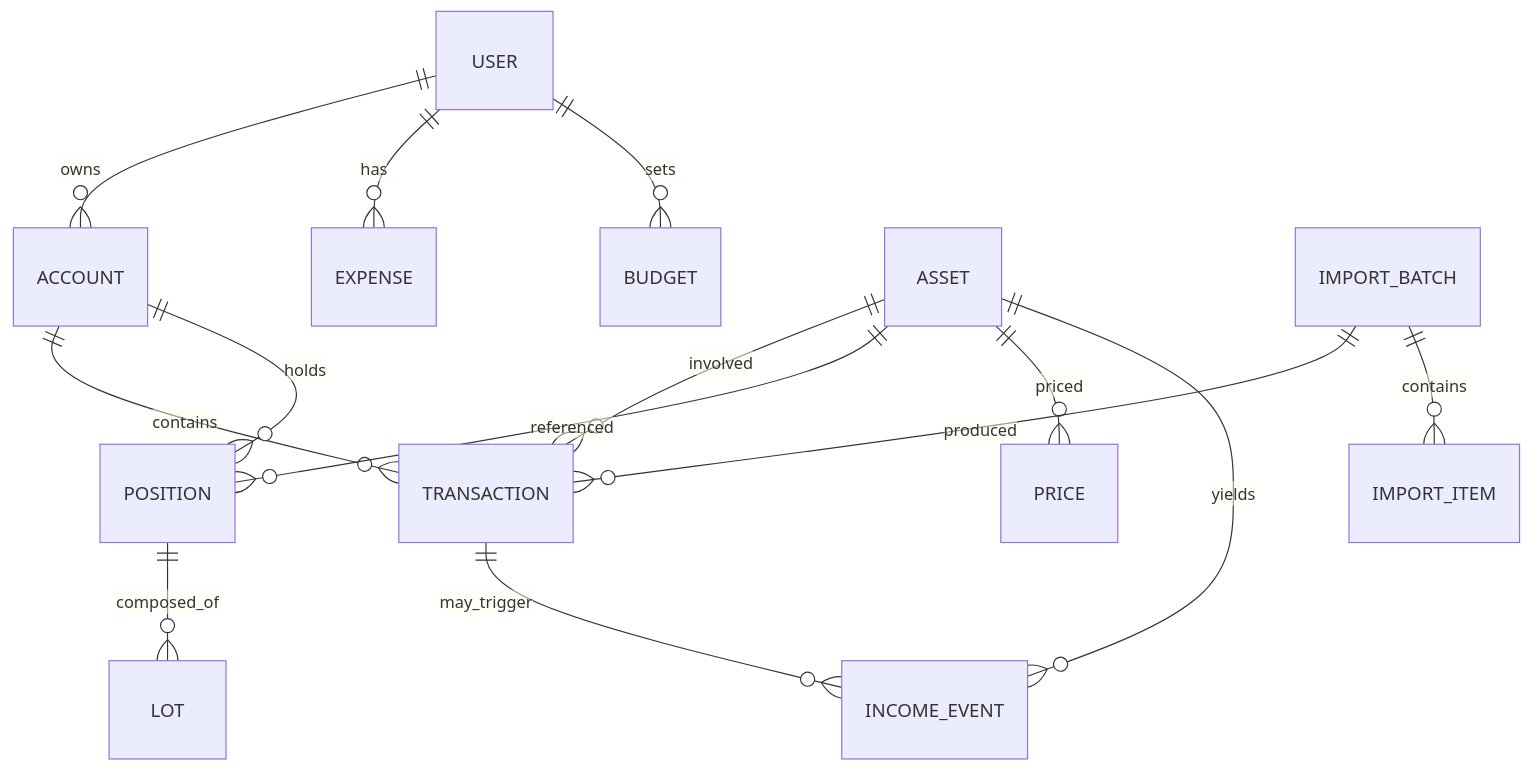
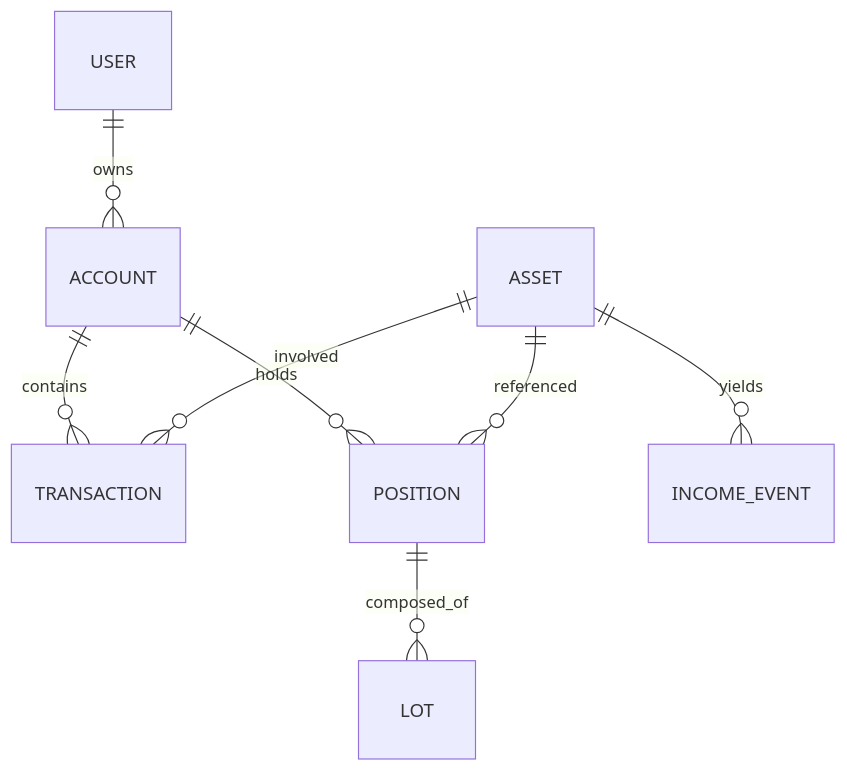
One commit to vowchek/FinFury changed the diagram in docs/architecture/domain-model.md. Above: the diagram before and after it, drawn with Mermaid. The commit also changed other lines of this file and 153 other files, not shown here.

````diff
--- a/docs/architecture/domain-model.md
+++ b/docs/architecture/domain-model.md
@@ -9,21 +9,10 @@
 ```mermaid
 erDiagram
-    USER ||--o{ ACCOUNT : owns
-    USER ||--o{ EXPENSE : has
-    USER ||--o{ BUDGET : sets
-
-    ACCOUNT ||--o{ TRANSACTION : contains
-    ACCOUNT ||--o{ POSITION : holds
-
-    ASSET ||--o{ TRANSACTION : involved
-    ASSET ||--o{ POSITION : referenced
-    ASSET ||--o{ PRICE : priced
-    ASSET ||--o{ INCOME_EVENT : yields
-
-    TRANSACTION ||--o{ INCOME_EVENT : may_trigger
-
-    POSITION ||--o{ LOT : composed_of
-
-    IMPORT_BATCH ||--o{ TRANSACTION : produced
-    IMPORT_BATCH ||--o{ IMPORT_ITEM : contains
+  USER ||--o{ ACCOUNT : owns
+  ACCOUNT ||--o{ TRANSACTION : contains
+  ACCOUNT ||--o{ POSITION : holds
+  ASSET ||--o{ TRANSACTION : involved
+  ASSET ||--o{ POSITION : referenced
+  ASSET ||--o{ INCOME_EVENT : yields
+  POSITION ||--o{ LOT : composed_of
 ```
````
